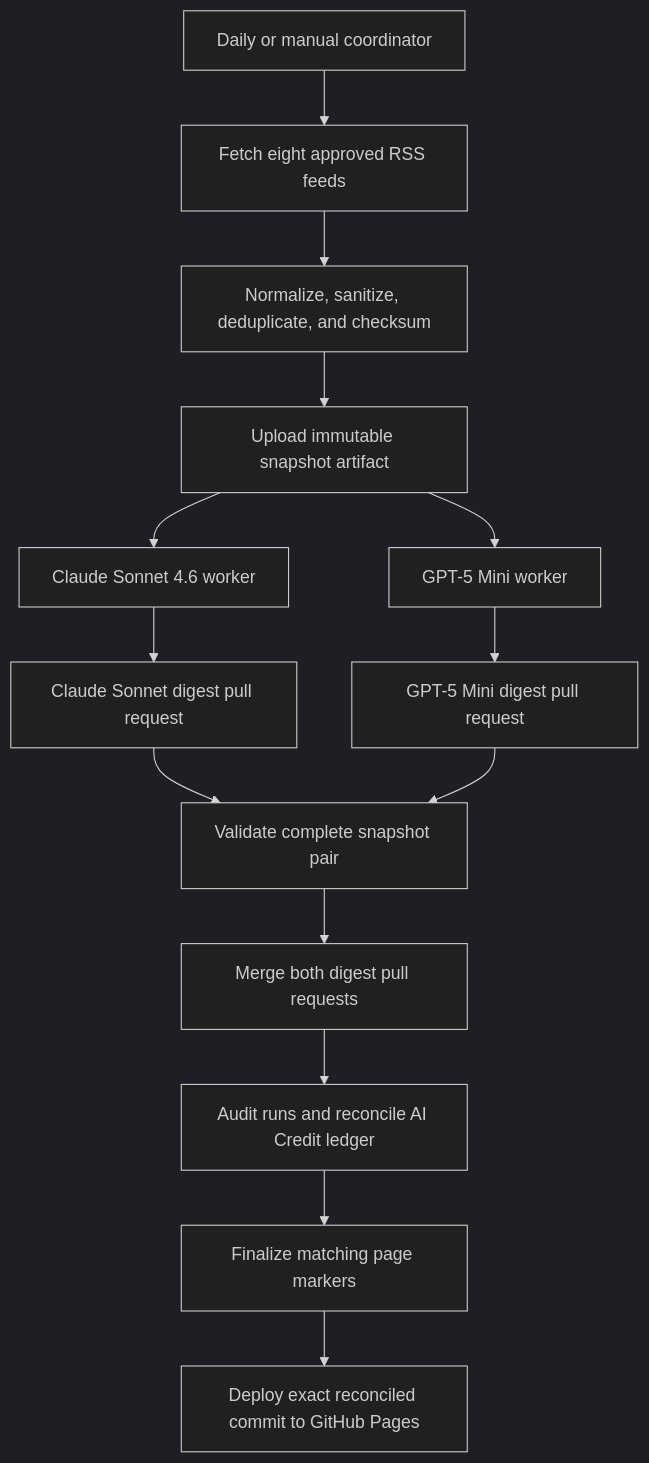
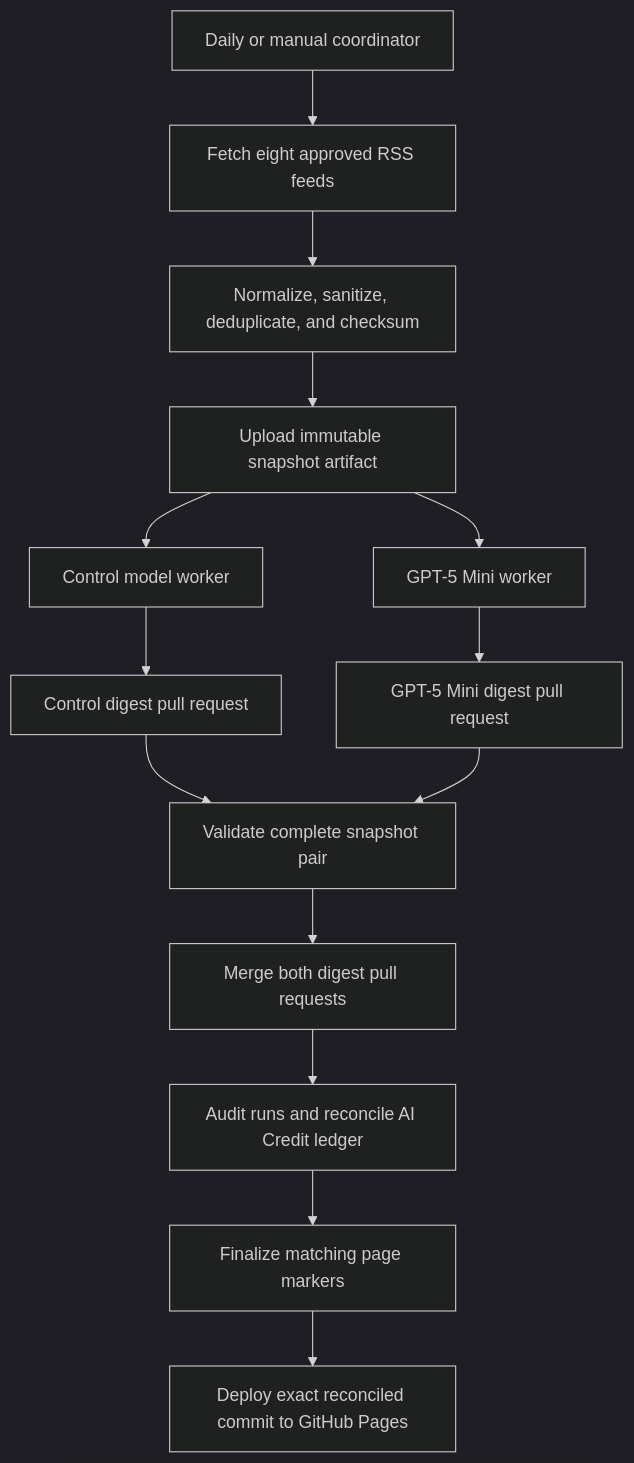
Before and after one commit to elbruno/weekly-ai-news-digest: the diagram in docs/paired-model-experiment.md, drawn with Mermaid (dark theme). The commit also changed other lines of this file and 5 other files, not shown here.

First line of the commit message:
fix: temporarily switch Control digest to gpt-5.4 (big model) vs gpt-5-mini (small model)

````diff
--- a/docs/paired-model-experiment.md
+++ b/docs/paired-model-experiment.md
@@ -27,16 +29,16 @@
 ```mermaid
 flowchart TD
     A[Daily or manual coordinator] --> B[Fetch eight approved RSS feeds]
     B --> C[Normalize, sanitize, deduplicate, and checksum]
     C --> D[Upload immutable snapshot artifact]
-    D --> E[Claude Sonnet 4.6 worker]
+    D --> E[Control model worker]
     D --> F[GPT-5 Mini worker]
-    E --> G[Claude Sonnet digest pull request]
+    E --> G[Control digest pull request]
     F --> H[GPT-5 Mini digest pull request]
     G --> I[Validate complete snapshot pair]
     H --> I
     I --> J[Merge both digest pull requests]
     J --> K[Audit runs and reconcile AI Credit ledger]
     K --> L[Finalize matching page markers]
     L --> M[Deploy exact reconciled commit to GitHub Pages]
 ```
````
